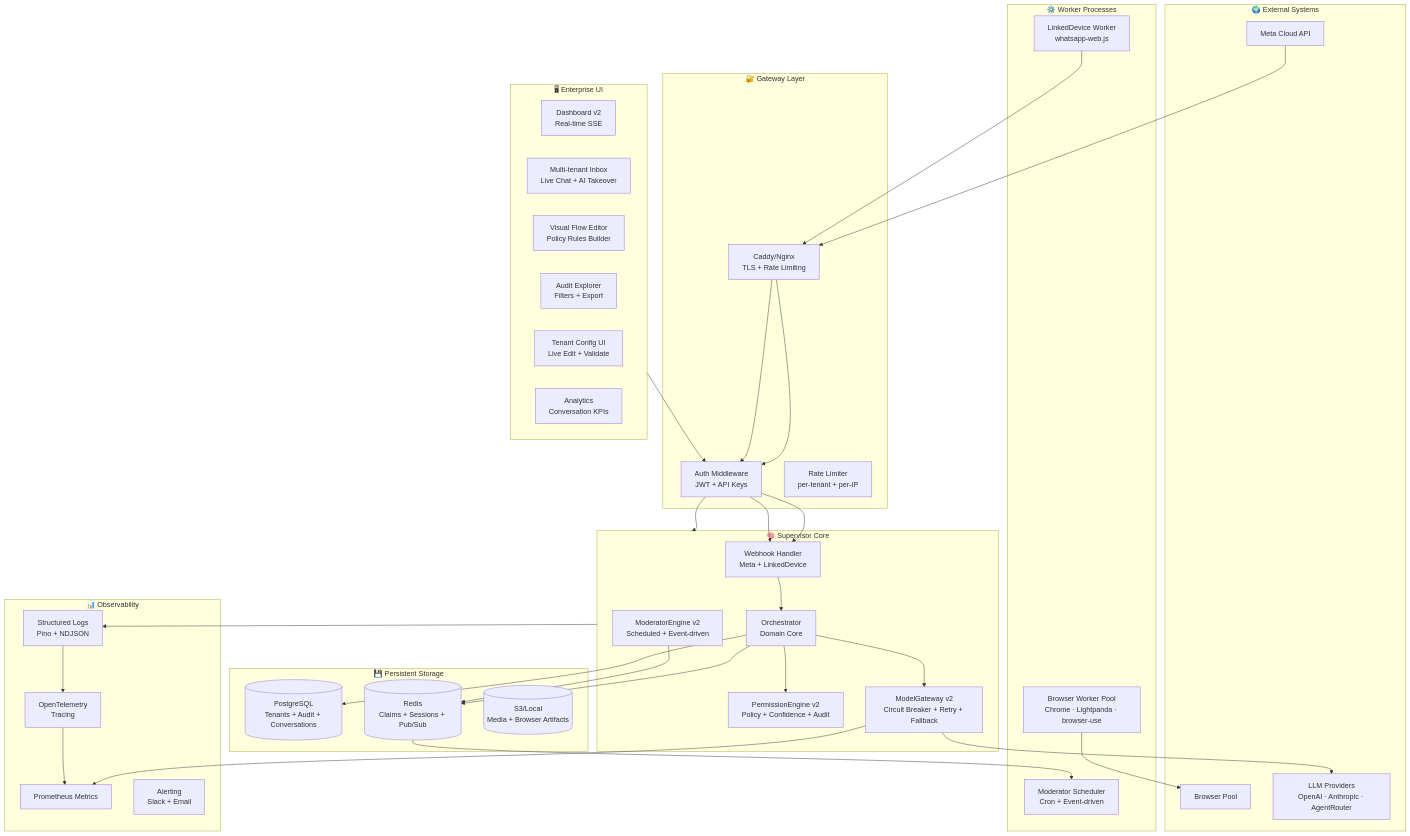
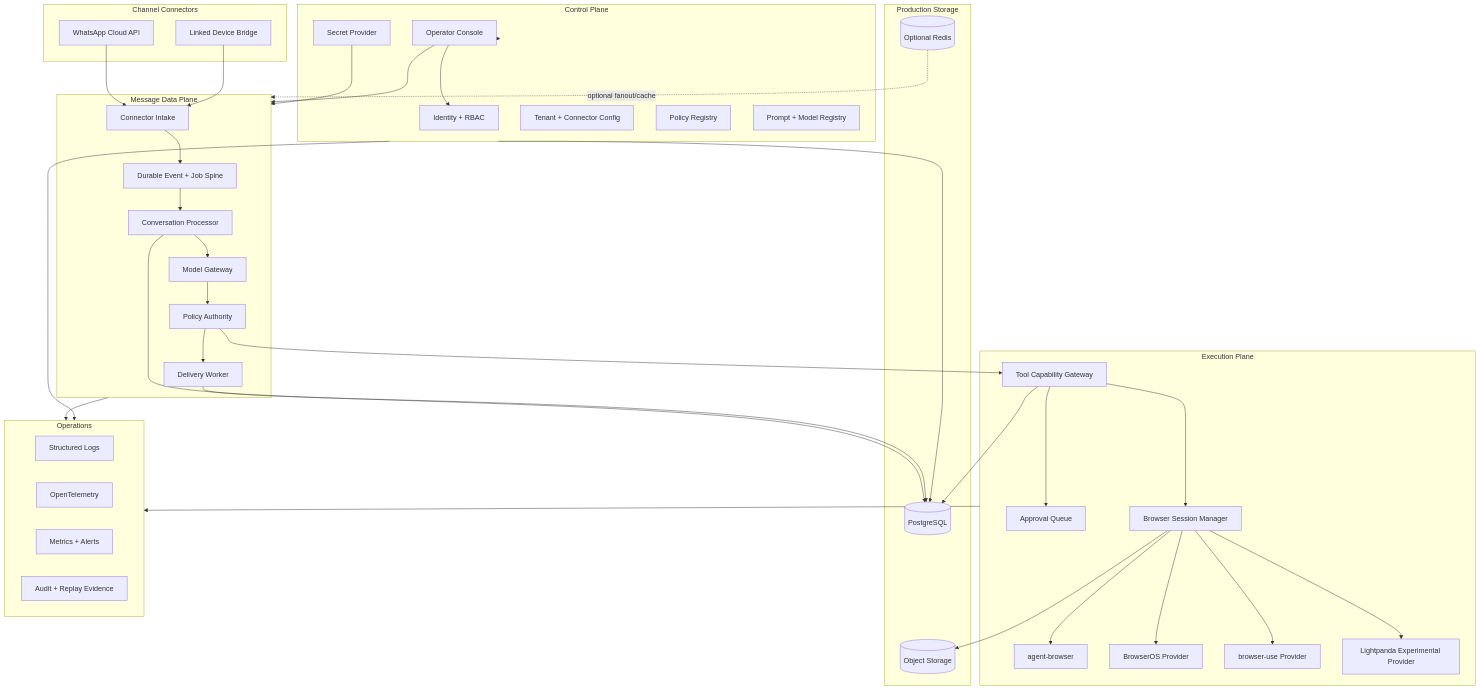
One commit to imMamdouhaboammar/whatsapp-ai-supervisor changed the second of 2 diagrams in ENTERPRISE_PLAN.md. Above: the diagram before and after it, drawn with Mermaid. The commit also changed other lines of this file, not shown here.

Commit message:
docs: rewrite enterprise maturity master plan

````diff
--- a/ENTERPRISE_PLAN.md
+++ b/ENTERPRISE_PLAN.md
@@ -137,62 +193,76 @@
 ```mermaid
-graph TD
-  subgraph ExternalSystems["🌍 External Systems"]
-    META[Meta Cloud API]
-    BROWSERS[Browser Pool]
-    LLMs[LLM Providers\nOpenAI · Anthropic · AgentRouter]
+flowchart TB
+  subgraph Channels[Channel Connectors]
+    Cloud[WhatsApp Cloud API]
+    Linked[Linked Device Bridge]
   end
 
-  subgraph Gateway["🔐 Gateway Layer"]
-    NGINX[Caddy/Nginx\nTLS + Rate Limiting]
-    AUTH[Auth Middleware\nJWT + API Keys]
-    RLim[Rate Limiter\nper-tenant + per-IP]
+  subgraph DataPlane[Message Data Plane]
+    Intake[Connector Intake]
+    EventLog[Durable Event + Job Spine]
+    Processor[Conversation Processor]
+    Policy[Policy Authority]
+    Models[Model Gateway]
+    Delivery[Delivery Worker]
   end
 
-  subgraph Supervisor["🧠 Supervisor Core"]
-    WH[Webhook Handler\nMeta + LinkedDevice]
-    ORC2[Orchestrator\nDomain Core]
-    PE2[PermissionEngine v2\nPolicy + Confidence + Audit]
-    MGW[ModelGateway v2\nCircuit Breaker + Retry + Fallback]
-    MOD[ModeratorEngine v2\nScheduled + Event-driven]
+  subgraph ExecutionPlane[Execution Plane]
+    ToolGateway[Tool Capability Gateway]
+    Approval[Approval Queue]
+    BrowserPool[Browser Session Manager]
+    AgentBrowser[agent-browser]
+    BrowserOS[BrowserOS Provider]
+    BrowserUse[browser-use Provider]
+    Lightpanda[Lightpanda Experimental Provider]
   end
 
-  subgraph Storage["💾 Persistent Storage"]
-    PG[(PostgreSQL\nTenants + Audit + Conversations)]
-    REDIS[(Redis\nClaims + Sessions + Pub/Sub)]
-    S3[(S3/Local\nMedia + Browser Artifacts)]
+  subgraph ControlPlane[Control Plane]
+    Identity[Identity + RBAC]
+    TenantConfig[Tenant + Connector Config]
+    PolicyRegistry[Policy Registry]
+    PromptRegistry[Prompt + Model Registry]
+    SecretStore[Secret Provider]
+    OperatorUI[Operator Console]
   end
 
-  subgraph Workers["⚙️ Worker Processes"]
-    LDWRK[LinkedDevice Worker\nwhatsapp-web.js]
-    BRWRK[Browser Worker Pool\nChrome · Lightpanda · browser-use]
-    MODWRK[Moderator Scheduler\nCron + Event-driven]
+  subgraph Storage[Production Storage]
+    PG[(PostgreSQL)]
+    Objects[(Object Storage)]
+    Cache[(Optional Redis)]
   end
 
-  subgraph Observability["📊 Observability"]
-    PROM[Prometheus Metrics]
-    LOGS[Structured Logs\nPino + NDJSON]
-    TRACE[OpenTelemetry\nTracing]
-    ALERTS[Alerting\nSlack + Email]
+  subgraph Ops[Operations]
+    Logs[Structured Logs]
+    Traces[OpenTelemetry]
+    Metrics[Metrics + Alerts]
+    Audit[Audit + Replay Evidence]
   end
 
-  subgraph UILayer["🖥 Enterprise UI"]
-    DASH2[Dashboard v2\nReal-time SSE]
-    INBOX2[Multi-tenant Inbox\nLive Chat + AI Takeover]
-    FLOW[Visual Flow Editor\nPolicy Rules Builder]
-    AUDIT2[Audit Explorer\nFilters + Export]
-    CONFIG[Tenant Config UI\nLive Edit + Validate]
-    ANAL[Analytics\nConversation KPIs]
-  end
-
-  META --> NGINX --> AUTH --> WH
-  LDWRK --> NGINX --> AUTH --> WH
-  WH --> ORC2 --> PE2
-  ORC2 --> MGW --> LLMs
-  ORC2 --> PG
-  ORC2 --> REDIS
-  MGW --> PROM
-  MOD --> REDIS --> MODWRK
-  BRWRK --> BROWSERS
-  UILayer --> AUTH --> Supervisor
-  Supervisor --> LOGS --> TRACE --> PROM
+  Cloud --> Intake
+  Linked --> Intake
+  Intake --> EventLog
+  EventLog --> Processor
+  Processor --> Models
+  Models --> Policy
+  Policy --> Delivery
+  Policy --> ToolGateway
+  ToolGateway --> Approval
+  ToolGateway --> BrowserPool
+  BrowserPool --> AgentBrowser
+  BrowserPool --> BrowserOS
+  BrowserPool --> BrowserUse
+  BrowserPool --> Lightpanda
+  Processor --> PG
+  Delivery --> PG
+  ToolGateway --> PG
+  BrowserPool --> Objects
+  ControlPlane --> PG
+  SecretStore --> DataPlane
+  OperatorUI --> Identity
+  OperatorUI --> ControlPlane
+  OperatorUI --> DataPlane
+  DataPlane --> Ops
+  ExecutionPlane --> Ops
+  ControlPlane --> Ops
+  Cache -. optional fanout/cache .-> DataPlane
 ```
````
